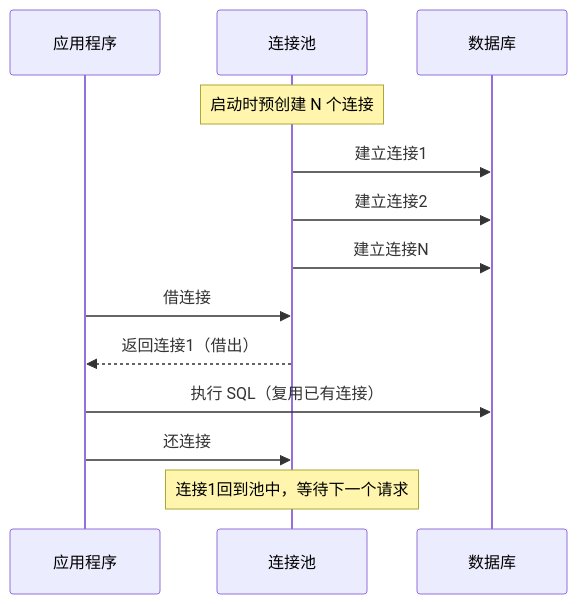
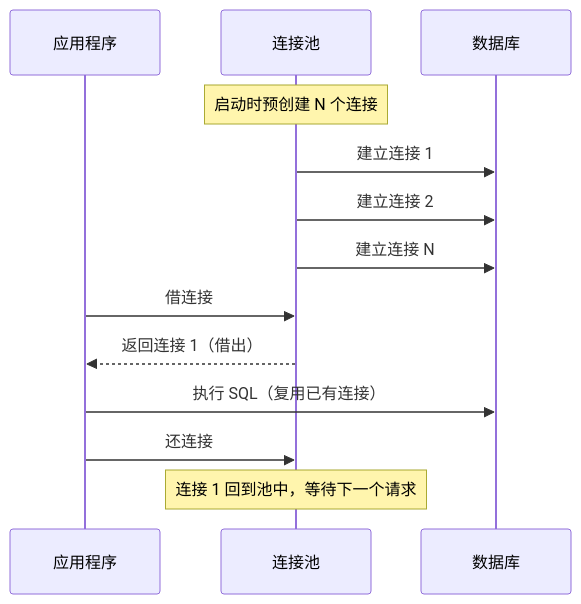
Before and after one commit to b1tzer/spring-world: the second of 3 diagrams in docs/05-spring-data/chapter-01-jdbc-datasource.md, drawn with Mermaid. The commit also changed other lines of this file and 9 other files, not shown here.

````diff
--- a/docs/05-spring-data/chapter-01-jdbc-datasource.md
+++ b/docs/05-spring-data/chapter-01-jdbc-datasource.md
@@ -140,17 +127,17 @@
 ```mermaid
 sequenceDiagram
     participant App as 应用程序
     participant Pool as 连接池
     participant DB as 数据库
 
     Note over Pool: 启动时预创建 N 个连接
-    Pool->>DB: 建立连接1
-    Pool->>DB: 建立连接2
-    Pool->>DB: 建立连接N
-    
+    Pool->>DB: 建立连接 1
+    Pool->>DB: 建立连接 2
+    Pool->>DB: 建立连接 N
+
     App->>Pool: 借连接
-    Pool-->>App: 返回连接1（借出）
+    Pool-->>App: 返回连接 1（借出）
     App->>DB: 执行 SQL（复用已有连接）
     App->>Pool: 还连接
-    Note over Pool: 连接1回到池中，等待下一个请求
+    Note over Pool: 连接 1 回到池中，等待下一个请求
 ```
````
